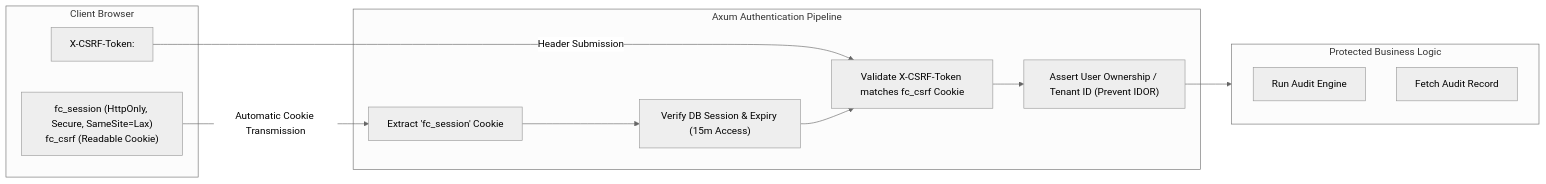
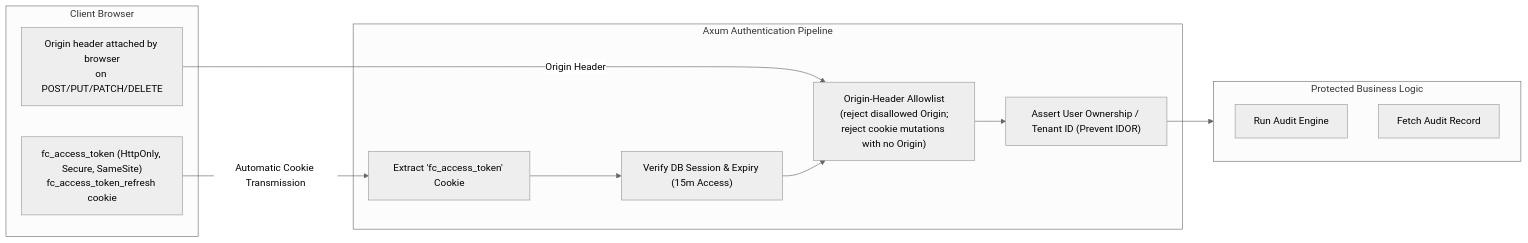
One commit to johan-droid/Fire-Crow- changed the third of 4 diagrams in docs/architecture/overview.md. Above: the diagram before and after it, drawn with Mermaid (neutral theme). The commit also changed other lines of this file and 104 other files, not shown here.

````diff
--- a/docs/architecture/overview.md
+++ b/docs/architecture/overview.md
@@ -171,26 +171,26 @@
 ```mermaid
 flowchart LR
     subgraph Client["Client Browser"]
-        CookieStorage["fc_session (HttpOnly, Secure, SameSite=Lax)\nfc_csrf (Readable Cookie)"]
-        HeaderInject["X-CSRF-Token: <fc_csrf value>"]
+        CookieStorage["fc_access_token (HttpOnly, Secure, SameSite)\nfc_access_token_refresh cookie"]
+        OriginAttach["Origin header attached by browser\non POST/PUT/PATCH/DELETE"]
     end
 
     subgraph AuthPipeline["Axum Authentication Pipeline"]
-        ExtractCookie["Extract 'fc_session' Cookie"]
+        ExtractCookie["Extract 'fc_access_token' Cookie"]
         SessionCheck["Verify DB Session & Expiry (15m Access)"]
-        CSRFGuard["Validate X-CSRF-Token matches fc_csrf Cookie"]
+        CSRFGuard["Origin-Header Allowlist\n(reject disallowed Origin;\nreject cookie mutations with no Origin)"]
         RBAC["Assert User Ownership / Tenant ID (Prevent IDOR)"]
     end
 
     subgraph ProtectedEndpoint["Protected Business Logic"]
         RunAudit["Run Audit Engine"]
         GetAudit["Fetch Audit Record"]
     end
 
     CookieStorage -->|Automatic Cookie Transmission| ExtractCookie
-    HeaderInject -->|Header Submission| CSRFGuard
+    OriginAttach -->|Origin Header| CSRFGuard
     ExtractCookie --> SessionCheck
     SessionCheck --> CSRFGuard
     CSRFGuard --> RBAC
     RBAC --> ProtectedEndpoint
 ```
````
